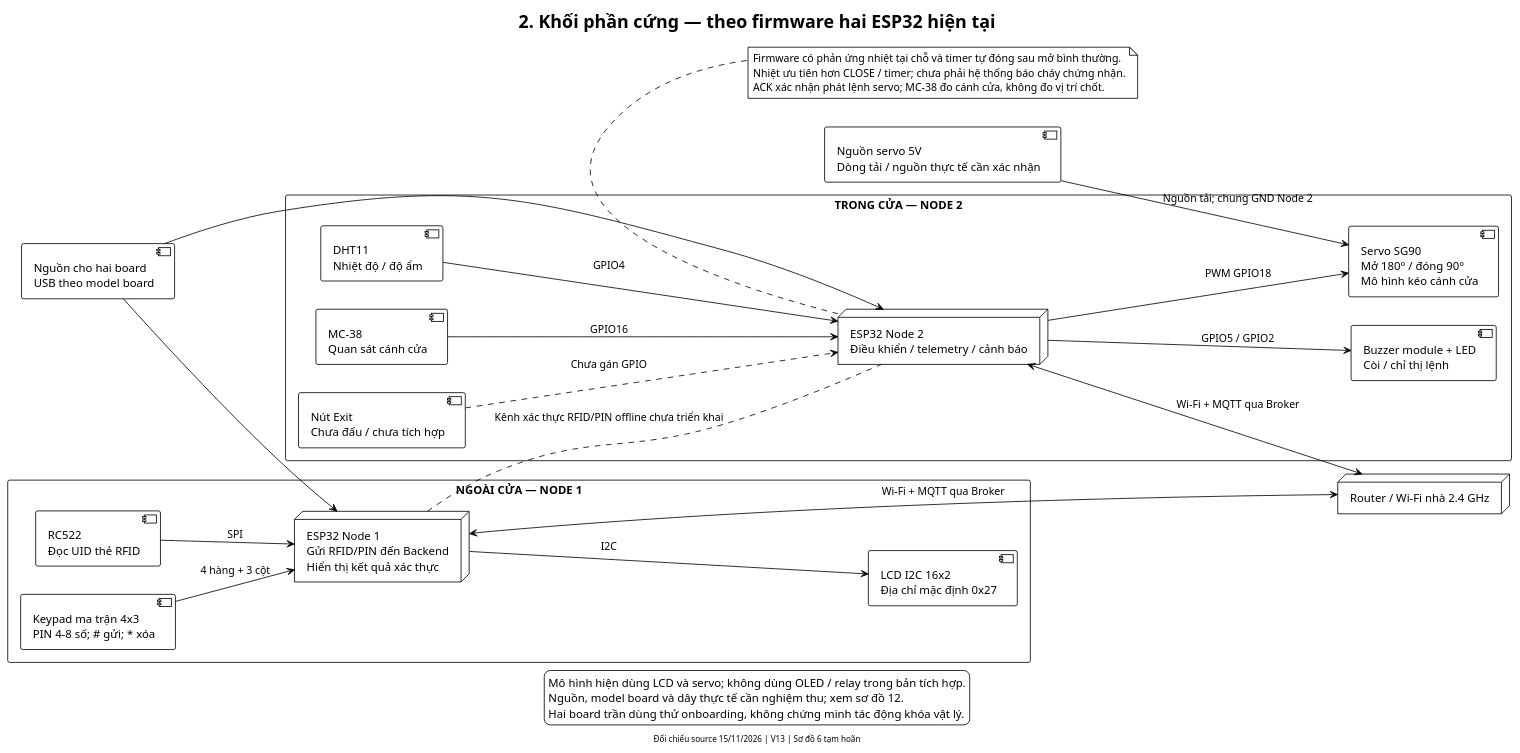
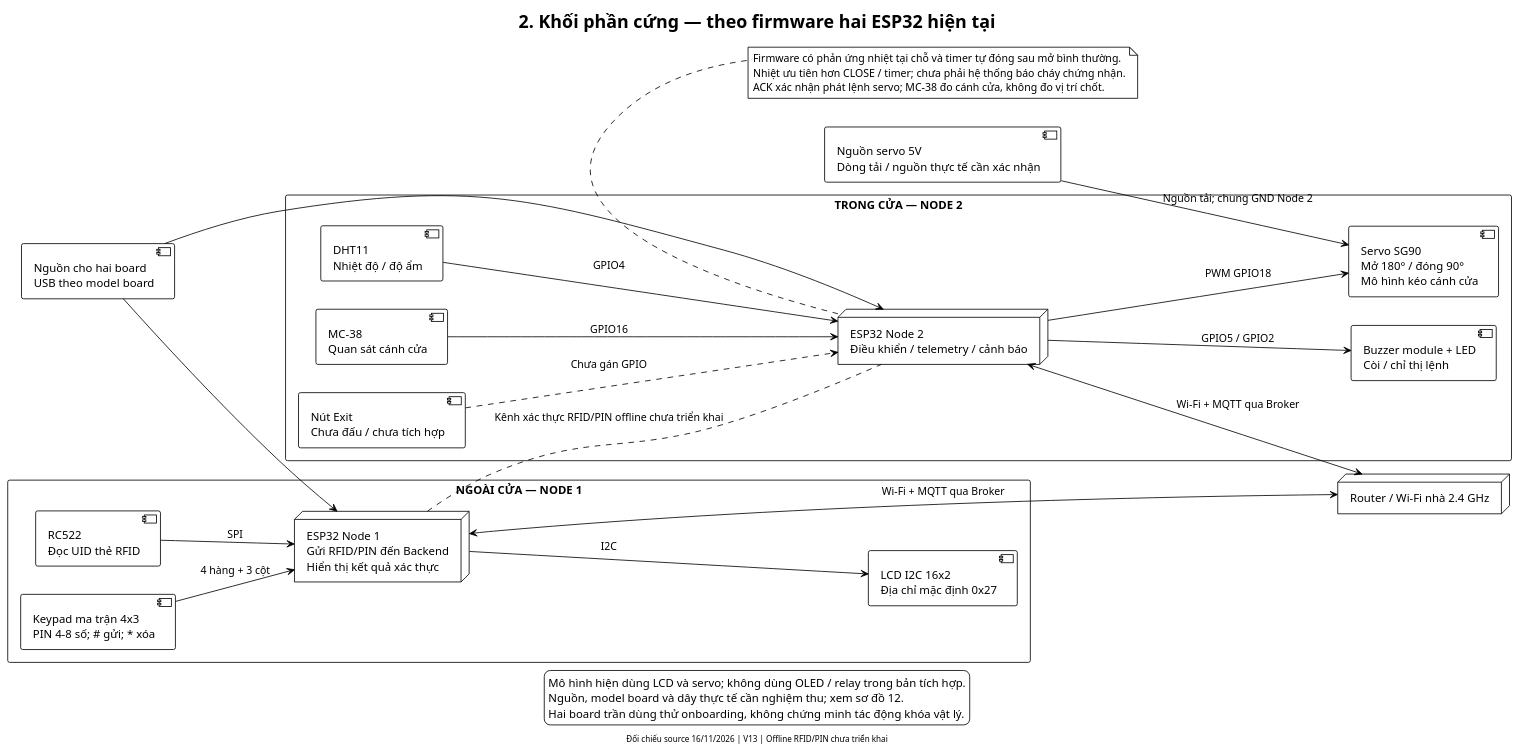
Before and after one commit to Nozs002/Smart-Door-System: the diagram in docs/03-technical-reference/diagrams/02-hardware-blocks.puml, drawn with PlantUML. The commit also changed 31 other files, not shown here.

Commit message:
docs: complete alert and connectivity diagram from implemented flows

```diff
--- a/docs/03-technical-reference/diagrams/02-hardware-blocks.puml
+++ b/docs/03-technical-reference/diagrams/02-hardware-blocks.puml
@@ -1,51 +1,51 @@
 @startuml
 !theme plain
 skinparam shadowing false
 skinparam defaultFontName Arial
 skinparam backgroundColor white
 left to right direction
 title 2. Khối phần cứng — theo firmware hai ESP32 hiện tại
 rectangle "NGOÀI CỬA — NODE 1" {
   component "RC522\nĐọc UID thẻ RFID" as RFID
   component "Keypad ma trận 4x3\nPIN 4–8 số; # gửi; * xóa" as Key
   component "LCD I2C 16x2\nĐịa chỉ mặc định 0x27" as LCD
   node "ESP32 Node 1\nGửi RFID/PIN đến Backend\nHiển thị kết quả xác thực" as N1
   RFID --> N1 : SPI
   Key --> N1 : 4 hàng + 3 cột
   N1 --> LCD : I2C
 }
 rectangle "TRONG CỬA — NODE 2" {
   component "DHT11\nNhiệt độ / độ ẩm" as Temp
   component "MC-38\nQuan sát cánh cửa" as State
   component "Nút Exit\nChưa đấu / chưa tích hợp" as Exit
   node "ESP32 Node 2\nĐiều khiển / telemetry / cảnh báo" as N2
   component "Servo SG90\nMở 180° / đóng 90°\nMô hình kéo cánh cửa" as Servo
   component "Buzzer module + LED\nCòi / chỉ thị lệnh" as Buzzer
   Temp --> N2 : GPIO4
   State --> N2 : GPIO16
   Exit ..> N2 : Chưa gán GPIO
   N2 --> Servo : PWM GPIO18
   N2 --> Buzzer : GPIO5 / GPIO2
 }
 node "Router / Wi-Fi nhà 2.4 GHz" as AP
 N1 <--> AP : Wi-Fi + MQTT qua Broker
 N2 <--> AP : Wi-Fi + MQTT qua Broker
 N1 .. N2 : Kênh xác thực RFID/PIN offline chưa triển khai
 component "Nguồn cho hai board\nUSB theo model board" as LogicPower
 component "Nguồn servo 5V\nDòng tải / nguồn thực tế cần xác nhận" as ServoPower
 LogicPower --> N1
 LogicPower --> N2
 ServoPower --> Servo : Nguồn tải; chung GND Node 2
 note bottom of N2
   Firmware có phản ứng nhiệt tại chỗ và timer tự đóng sau mở bình thường.
   Nhiệt ưu tiên hơn CLOSE / timer; chưa phải hệ thống báo cháy chứng nhận.
   ACK xác nhận phát lệnh servo; MC-38 đo cánh cửa, không đo vị trí chốt.
 end note
 legend bottom
   Mô hình hiện dùng LCD và servo; không dùng OLED / relay trong bản tích hợp.
   Nguồn, model board và dây thực tế cần nghiệm thu; xem sơ đồ 12.
   Hai board trần dùng thử onboarding, không chứng minh tác động khóa vật lý.
 endlegend
 
-footer Đối chiếu source 15/11/2026 | V13 | Sơ đồ 6 tạm hoãn
+footer Đối chiếu source 16/11/2026 | V13 | Offline RFID/PIN chưa triển khai
 @enduml
```
